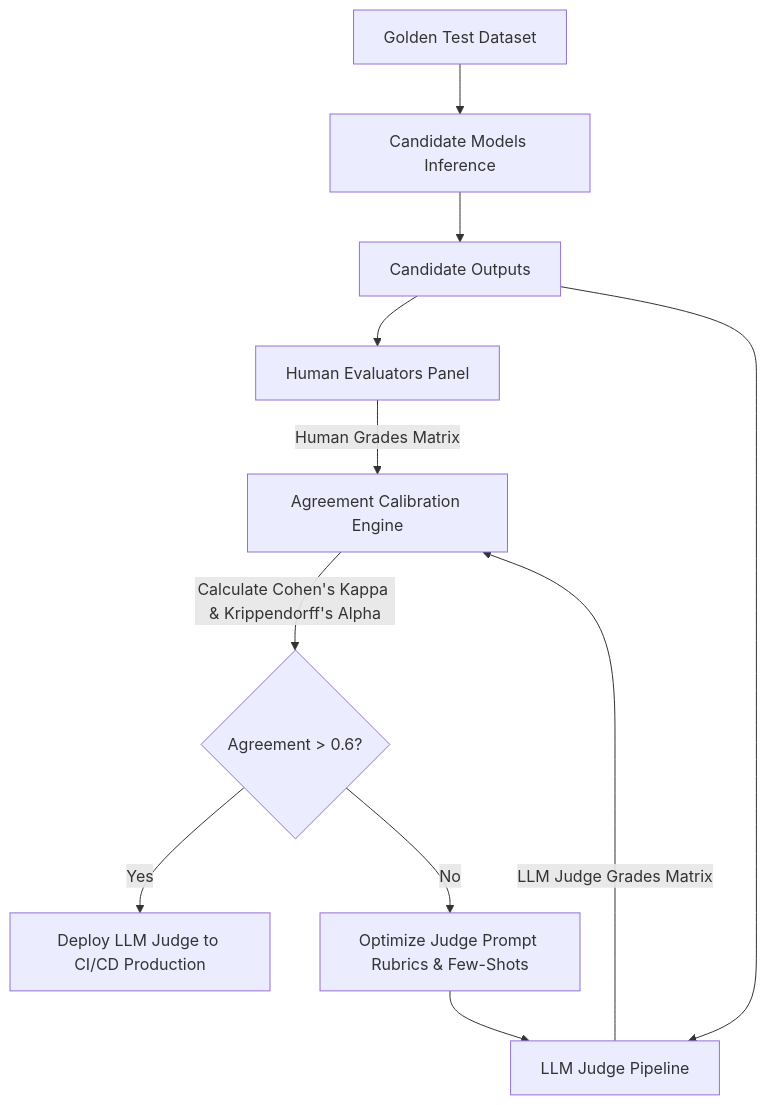
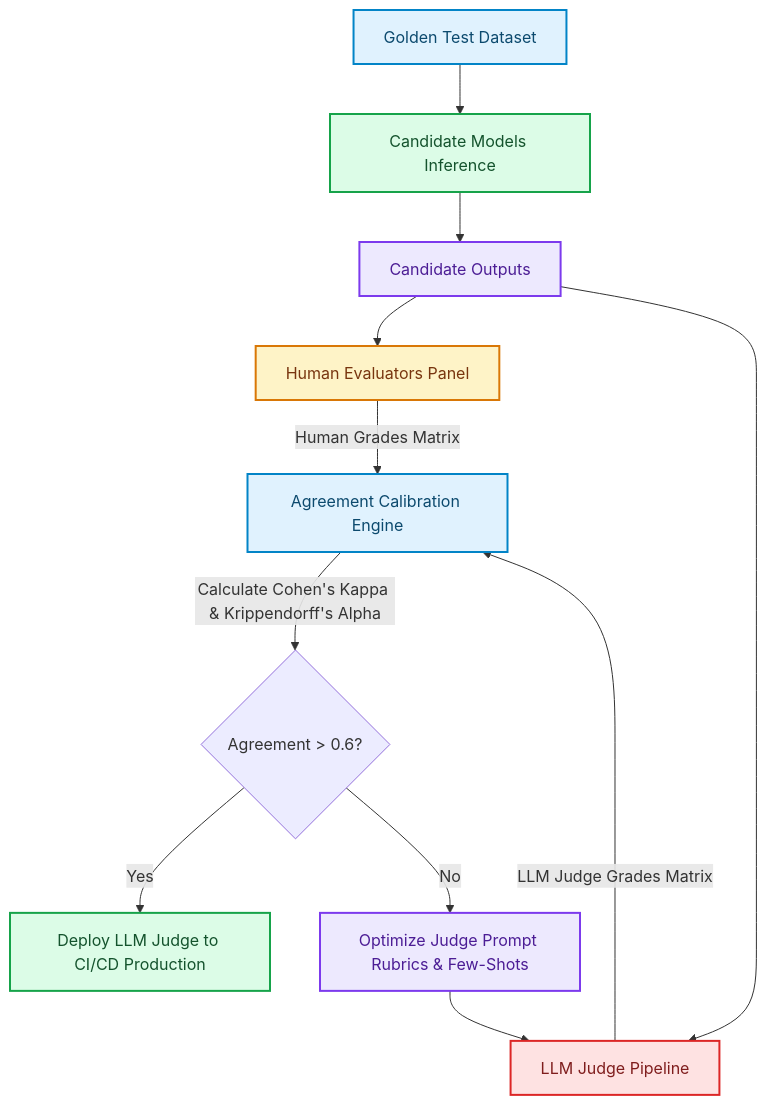
One commit to akmalkhaniub/akmalkhaniub.github.io changed the diagram in blog/posts/llm-as-a-judge-evaluation-pipelines-calibration-agreement-metrics.md. Above: the diagram before and after it, drawn with Mermaid. The commit also changed other lines of this file and 1291 other files, not shown here.

First line of the commit message:
feat(catalog): unique covers, scholarly references, and diagram palettes

````diff
--- a/blog/posts/llm-as-a-judge-evaluation-pipelines-calibration-agreement-metrics.md
+++ b/blog/posts/llm-as-a-judge-evaluation-pipelines-calibration-agreement-metrics.md
@@ -19,16 +19,27 @@
 ```mermaid
 flowchart TD
-  A[Golden Test Dataset] --> B[Candidate Models Inference]
-  B --> C[Candidate Outputs]
+  A["Golden Test Dataset"] --> B["Candidate Models Inference"]
+  B --> C["Candidate Outputs"]
   
-  C --> D[Human Evaluators Panel]
-  C --> E[LLM Judge Pipeline]
+  C --> D["Human Evaluators Panel"]
+  C --> E["LLM Judge Pipeline"]
   
-  D -->|Human Grades Matrix| F[Agreement Calibration Engine]
+  D -->|Human Grades Matrix| F["Agreement Calibration Engine"]
   E -->|LLM Judge Grades Matrix| F
   
   F -->|Calculate Cohen's Kappa & Krippendorff's Alpha| G{Agreement > 0.6?}
-  G -->|Yes| H[Deploy LLM Judge to CI/CD Production]
-  G -->|No| I[Optimize Judge Prompt Rubrics & Few-Shots]
+  G -->|Yes| H["Deploy LLM Judge to CI/CD Production"]
+  G -->|No| I["Optimize Judge Prompt Rubrics & Few-Shots"]
   I --> E
+
+classDef green fill:#dcfce7,stroke:#16a34a,stroke-width:2px,color:#14532d;
+classDef red fill:#fee2e2,stroke:#dc2626,stroke-width:2px,color:#7f1d1d;
+classDef blue fill:#e0f2fe,stroke:#0284c7,stroke-width:2px,color:#0c4a6e;
+classDef yellow fill:#fef3c7,stroke:#d97706,stroke-width:2px,color:#78350f;
+classDef purple fill:#ede9fe,stroke:#7c3aed,stroke-width:2px,color:#4c1d95;
+class A,F blue
+class B,H green
+class C,I purple
+class D yellow
+class E red
 ```
````
